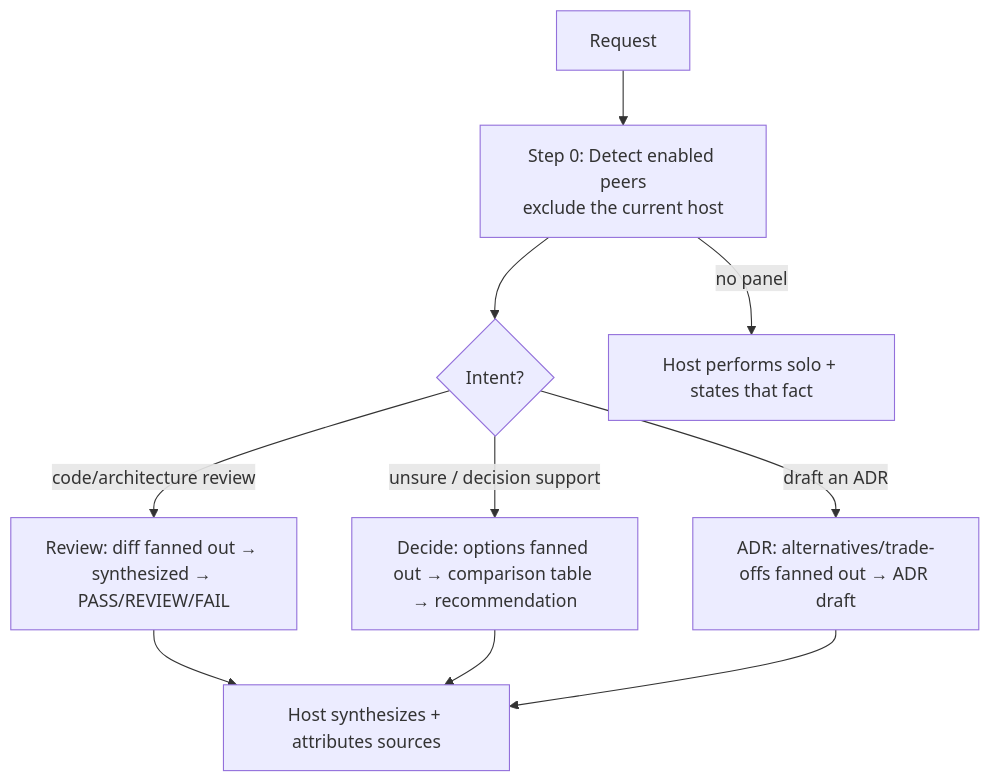
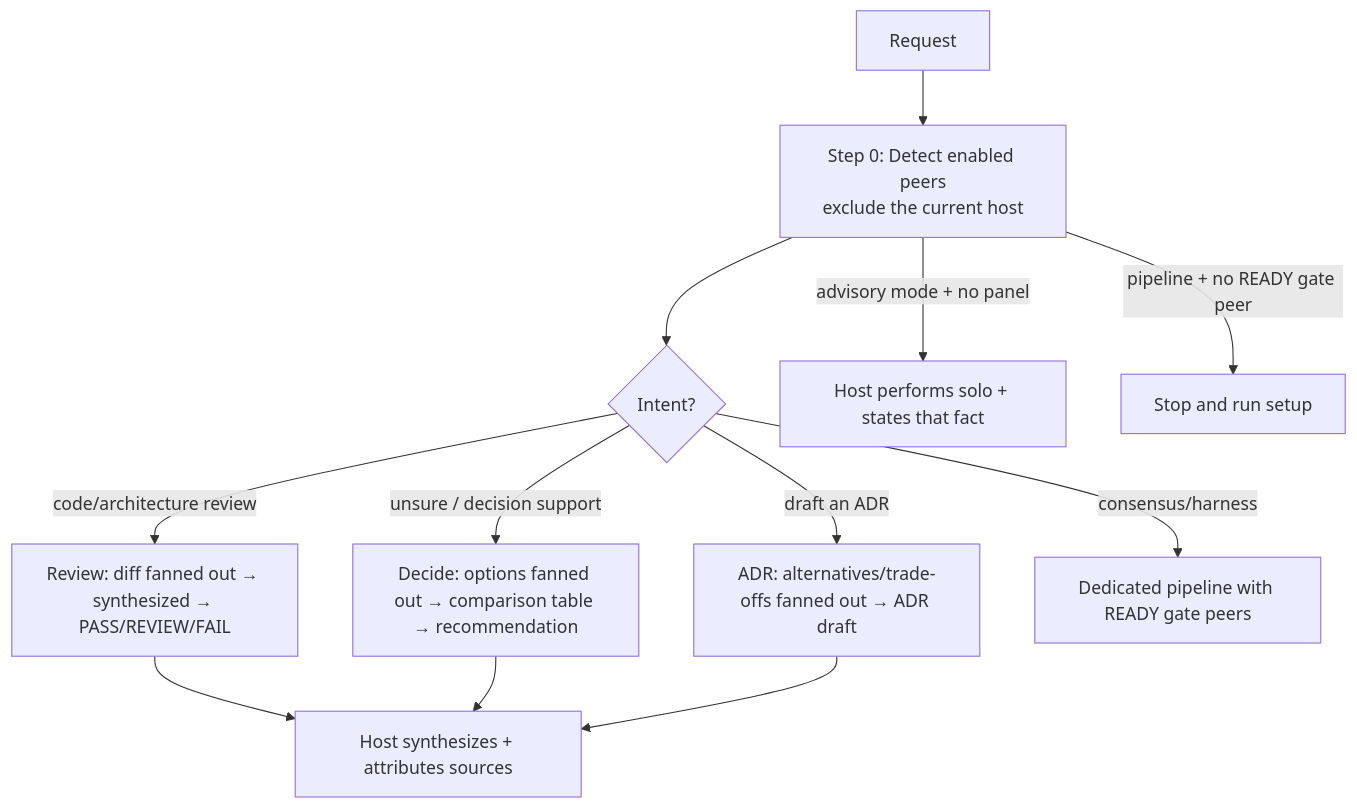
One commit to Atom-oh/oh-my-cloud-skills changed the diagram in plugins/co-agent/agents/co-agent.md. Above: the diagram before and after it, drawn with Mermaid. The commit also changed 60 other files, not shown here.

````diff
--- a/plugins/co-agent/agents/co-agent.md
+++ b/plugins/co-agent/agents/co-agent.md
@@ -43,12 +43,14 @@
 ```mermaid
 graph TD
     A[Request] --> P[Step 0: Detect enabled peers<br/>exclude the current host]
     P --> B{Intent?}
     B -->|code/architecture review| R[Review: diff fanned out → synthesized → PASS/REVIEW/FAIL]
     B -->|"unsure" / decision support| D[Decide: options fanned out → comparison table → recommendation]
     B -->|draft an ADR| ADR[ADR: alternatives/trade-offs fanned out → ADR draft]
+    B -->|consensus/harness| G[Dedicated pipeline with READY gate peers]
     R --> S[Host synthesizes + attributes sources]
     D --> S
     ADR --> S
-    P -->|no panel| SOLO[Host performs solo + states that fact]
+    P -->|advisory mode + no panel| SOLO[Host performs solo + states that fact]
+    P -->|pipeline + no READY gate peer| STOP[Stop and run setup]
 ```
````
